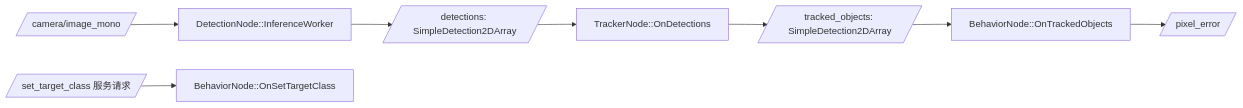
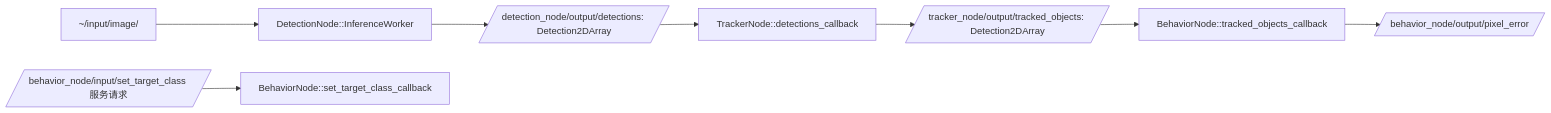
Before and after one commit to PT233/dog_dev: the second of 2 diagrams in docs/robot_interfaces/robot_interfaces_code_doc.md, drawn with Mermaid. The commit also changed other lines of this file and 322 other files, not shown here.

````diff
--- a/docs/robot_interfaces/robot_interfaces_code_doc.md
+++ b/docs/robot_interfaces/robot_interfaces_code_doc.md
@@ -247,10 +247,10 @@
 ```mermaid
 flowchart LR
-    A[/camera/image_mono/] --> B[DetectionNode::InferenceWorker]
-    B --> C[/detections: SimpleDetection2DArray/]
-    C --> D[TrackerNode::OnDetections]
-    D --> E[/tracked_objects: SimpleDetection2DArray/]
-    E --> F[BehaviorNode::OnTrackedObjects]
-    F --> G[/pixel_error/]
-    H[/set_target_class 服务请求/] --> I[BehaviorNode::OnSetTargetClass]
+    A[~/input/image/] --> B[DetectionNode::InferenceWorker]
+    B --> C[/detection_node/output/detections: Detection2DArray/]
+    C --> D[TrackerNode::detections_callback]
+    D --> E[/tracker_node/output/tracked_objects: Detection2DArray/]
+    E --> F[BehaviorNode::tracked_objects_callback]
+    F --> G[/behavior_node/output/pixel_error/]
+    H[/behavior_node/input/set_target_class 服务请求/] --> I[BehaviorNode::set_target_class_callback]
 ```
````
